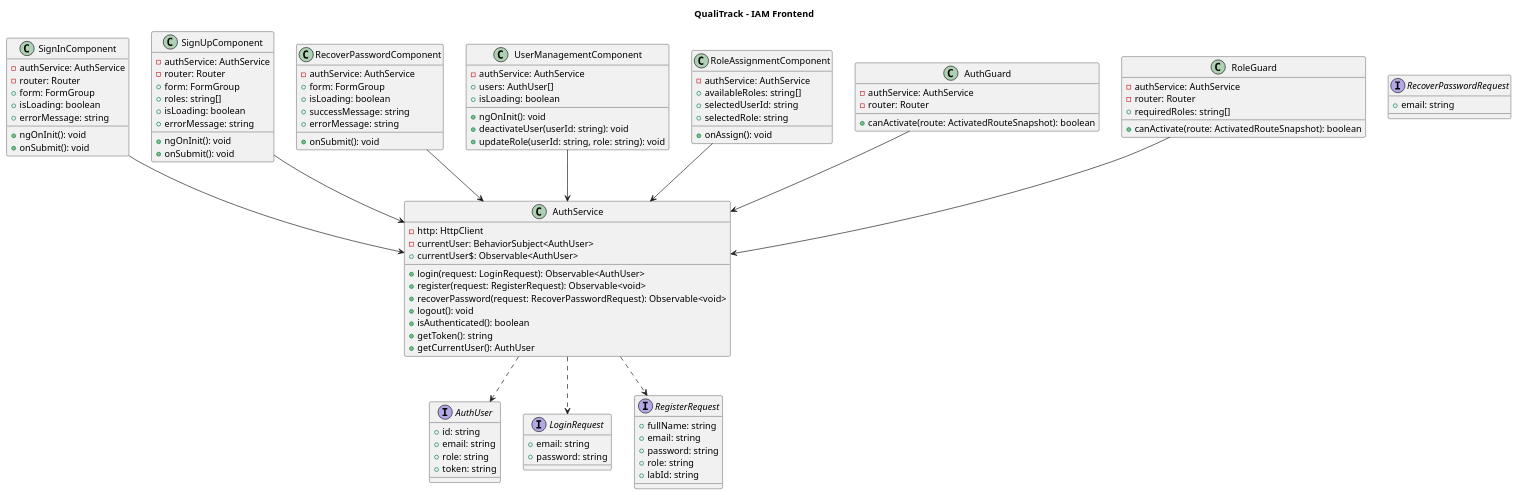
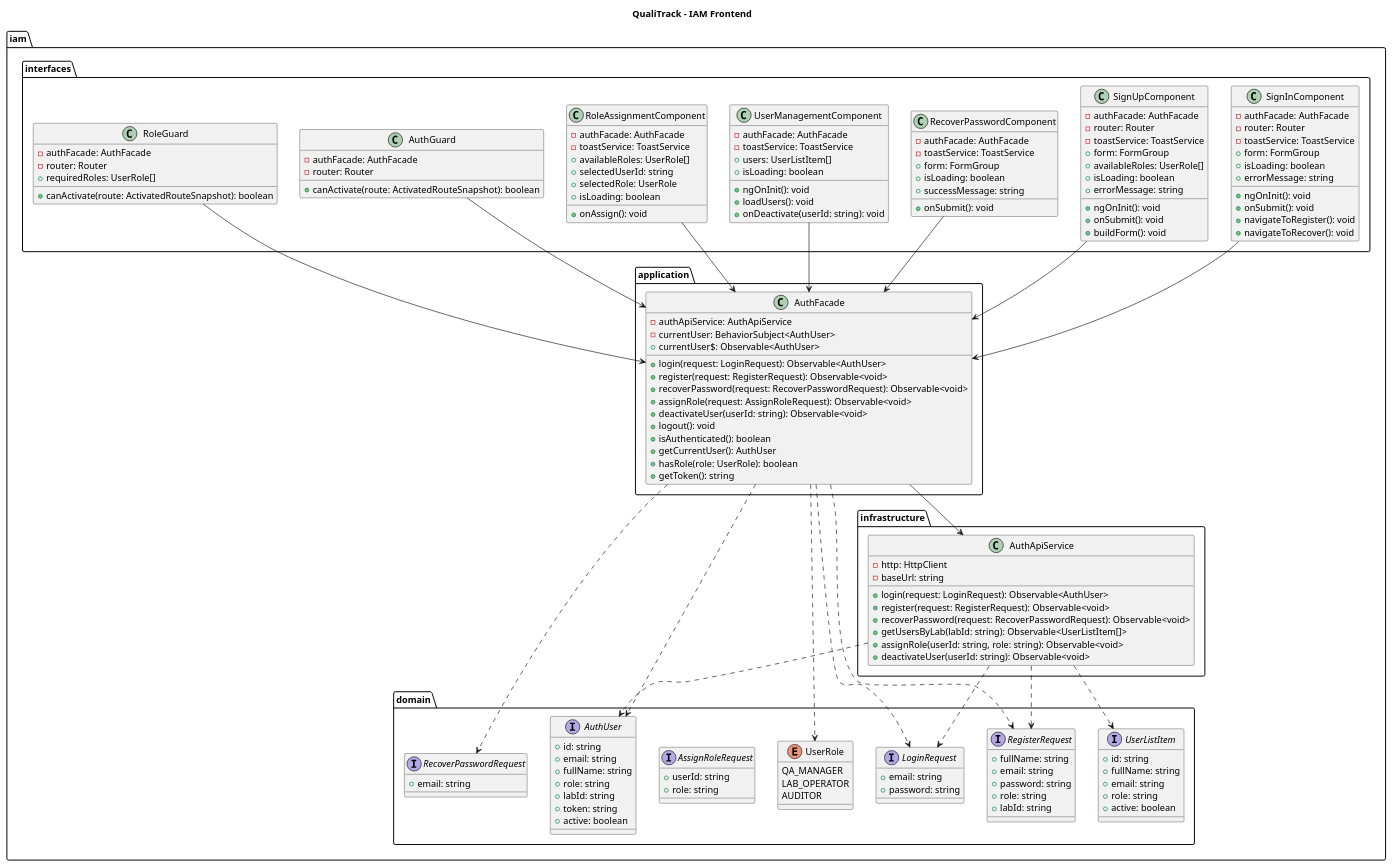
One commit to ClosedSource-11848/ClosedSource-Frontend changed the diagram in docs/diagrams/iam/iam-frontend-diagram.puml. Above: the diagram before and after it, drawn with PlantUML.

Commit message:
feat(docs): fix iam frontend diagram.

```diff
--- a/docs/diagrams/iam/iam-frontend-diagram.puml
+++ b/docs/diagrams/iam/iam-frontend-diagram.puml
@@ -1,112 +1,180 @@
 @startuml iam-frontend-diagram
 title QualiTrack – IAM Frontend
 
-interface AuthUser {
-  +id: string
-  +email: string
-  +role: string
-  +token: string
+package "iam" {
+
+  package "domain" {
+
+    interface AuthUser {
+      +id: string
+      +email: string
+      +fullName: string
+      +role: string
+      +labId: string
+      +token: string
+      +active: boolean
+    }
+
+    interface LoginRequest {
+      +email: string
+      +password: string
+    }
+
+    interface RegisterRequest {
+      +fullName: string
+      +email: string
+      +password: string
+      +role: string
+      +labId: string
+    }
+
+    interface RecoverPasswordRequest {
+      +email: string
+    }
+
+    interface AssignRoleRequest {
+      +userId: string
+      +role: string
+    }
+
+    interface UserListItem {
+      +id: string
+      +fullName: string
+      +email: string
+      +role: string
+      +active: boolean
+    }
+
+    enum UserRole {
+      QA_MANAGER
+      LAB_OPERATOR
+      AUDITOR
+    }
+  }
+
+  package "application" {
+
+    class AuthFacade {
+      -authApiService: AuthApiService
+      -currentUser: BehaviorSubject<AuthUser>
+      +currentUser$: Observable<AuthUser>
+      +login(request: LoginRequest): Observable<AuthUser>
+      +register(request: RegisterRequest): Observable<void>
+      +recoverPassword(request: RecoverPasswordRequest): Observable<void>
+      +assignRole(request: AssignRoleRequest): Observable<void>
+      +deactivateUser(userId: string): Observable<void>
+      +logout(): void
+      +isAuthenticated(): boolean
+      +getCurrentUser(): AuthUser
+      +hasRole(role: UserRole): boolean
+      +getToken(): string
+    }
+  }
+
+  package "infrastructure" {
+
+    class AuthApiService {
+      -http: HttpClient
+      -baseUrl: string
+      +login(request: LoginRequest): Observable<AuthUser>
+      +register(request: RegisterRequest): Observable<void>
+      +recoverPassword(request: RecoverPasswordRequest): Observable<void>
+      +getUsersByLab(labId: string): Observable<UserListItem[]>
+      +assignRole(userId: string, role: string): Observable<void>
+      +deactivateUser(userId: string): Observable<void>
+    }
+  }
+
+  package "interfaces" {
+
+    class SignInComponent {
+      -authFacade: AuthFacade
+      -router: Router
+      -toastService: ToastService
+      +form: FormGroup
+      +isLoading: boolean
+      +errorMessage: string
+      +ngOnInit(): void
+      +onSubmit(): void
+      +navigateToRegister(): void
+      +navigateToRecover(): void
+    }
+
+    class SignUpComponent {
+      -authFacade: AuthFacade
+      -router: Router
+      -toastService: ToastService
+      +form: FormGroup
+      +availableRoles: UserRole[]
+      +isLoading: boolean
+      +errorMessage: string
+      +ngOnInit(): void
+      +onSubmit(): void
+      +buildForm(): void
+    }
+
+    class RecoverPasswordComponent {
+      -authFacade: AuthFacade
+      -toastService: ToastService
+      +form: FormGroup
+      +isLoading: boolean
+      +successMessage: string
+      +onSubmit(): void
+    }
+
+    class UserManagementComponent {
+      -authFacade: AuthFacade
+      -toastService: ToastService
+      +users: UserListItem[]
+      +isLoading: boolean
+      +ngOnInit(): void
+      +loadUsers(): void
+      +onDeactivate(userId: string): void
+    }
+
+    class RoleAssignmentComponent {
+      -authFacade: AuthFacade
+      -toastService: ToastService
+      +availableRoles: UserRole[]
+      +selectedUserId: string
+      +selectedRole: UserRole
+      +isLoading: boolean
+      +onAssign(): void
+    }
+
+    class AuthGuard {
+      -authFacade: AuthFacade
+      -router: Router
+      +canActivate(route: ActivatedRouteSnapshot): boolean
+    }
+
+    class RoleGuard {
+      -authFacade: AuthFacade
+      -router: Router
+      +requiredRoles: UserRole[]
+      +canActivate(route: ActivatedRouteSnapshot): boolean
+    }
+  }
 }
 
-interface LoginRequest {
-  +email: string
-  +password: string
-}
+AuthFacade --> AuthApiService
+AuthFacade ..> AuthUser
+AuthFacade ..> LoginRequest
+AuthFacade ..> RegisterRequest
+AuthFacade ..> RecoverPasswordRequest
+AuthFacade ..> UserRole
 
-interface RegisterRequest {
-  +fullName: string
-  +email: string
-  +password: string
-  +role: string
-  +labId: string
-}
+SignInComponent --> AuthFacade
+SignUpComponent --> AuthFacade
+RecoverPasswordComponent --> AuthFacade
+UserManagementComponent --> AuthFacade
+RoleAssignmentComponent --> AuthFacade
+AuthGuard --> AuthFacade
+RoleGuard --> AuthFacade
 
-interface RecoverPasswordRequest {
-  +email: string
-}
-
-class AuthService {
-  -http: HttpClient
-  -currentUser: BehaviorSubject<AuthUser>
-  +currentUser$: Observable<AuthUser>
-  +login(request: LoginRequest): Observable<AuthUser>
-  +register(request: RegisterRequest): Observable<void>
-  +recoverPassword(request: RecoverPasswordRequest): Observable<void>
-  +logout(): void
-  +isAuthenticated(): boolean
-  +getToken(): string
-  +getCurrentUser(): AuthUser
-}
-
-class SignInComponent {
-  -authService: AuthService
-  -router: Router
-  +form: FormGroup
-  +isLoading: boolean
-  +errorMessage: string
-  +ngOnInit(): void
-  +onSubmit(): void
-}
-
-class SignUpComponent {
-  -authService: AuthService
-  -router: Router
-  +form: FormGroup
-  +roles: string[]
-  +isLoading: boolean
-  +errorMessage: string
-  +ngOnInit(): void
-  +onSubmit(): void
-}
-
-class RecoverPasswordComponent {
-  -authService: AuthService
-  +form: FormGroup
-  +isLoading: boolean
-  +successMessage: string
-  +errorMessage: string
-  +onSubmit(): void
-}
-
-class UserManagementComponent {
-  -authService: AuthService
-  +users: AuthUser[]
-  +isLoading: boolean
-  +ngOnInit(): void
-  +deactivateUser(userId: string): void
-  +updateRole(userId: string, role: string): void
-}
-
-class RoleAssignmentComponent {
-  -authService: AuthService
-  +availableRoles: string[]
-  +selectedUserId: string
-  +selectedRole: string
-  +onAssign(): void
-}
-
-class AuthGuard {
-  -authService: AuthService
-  -router: Router
-  +canActivate(route: ActivatedRouteSnapshot): boolean
-}
-
-class RoleGuard {
-  -authService: AuthService
-  -router: Router
-  +requiredRoles: string[]
-  +canActivate(route: ActivatedRouteSnapshot): boolean
-}
-
-SignInComponent --> AuthService
-SignUpComponent --> AuthService
-RecoverPasswordComponent --> AuthService
-UserManagementComponent --> AuthService
-RoleAssignmentComponent --> AuthService
-AuthGuard --> AuthService
-RoleGuard --> AuthService
-AuthService ..> AuthUser
-AuthService ..> LoginRequest
-AuthService ..> RegisterRequest
+AuthApiService ..> LoginRequest
+AuthApiService ..> RegisterRequest
+AuthApiService ..> AuthUser
+AuthApiService ..> UserListItem
 
 @enduml
```
